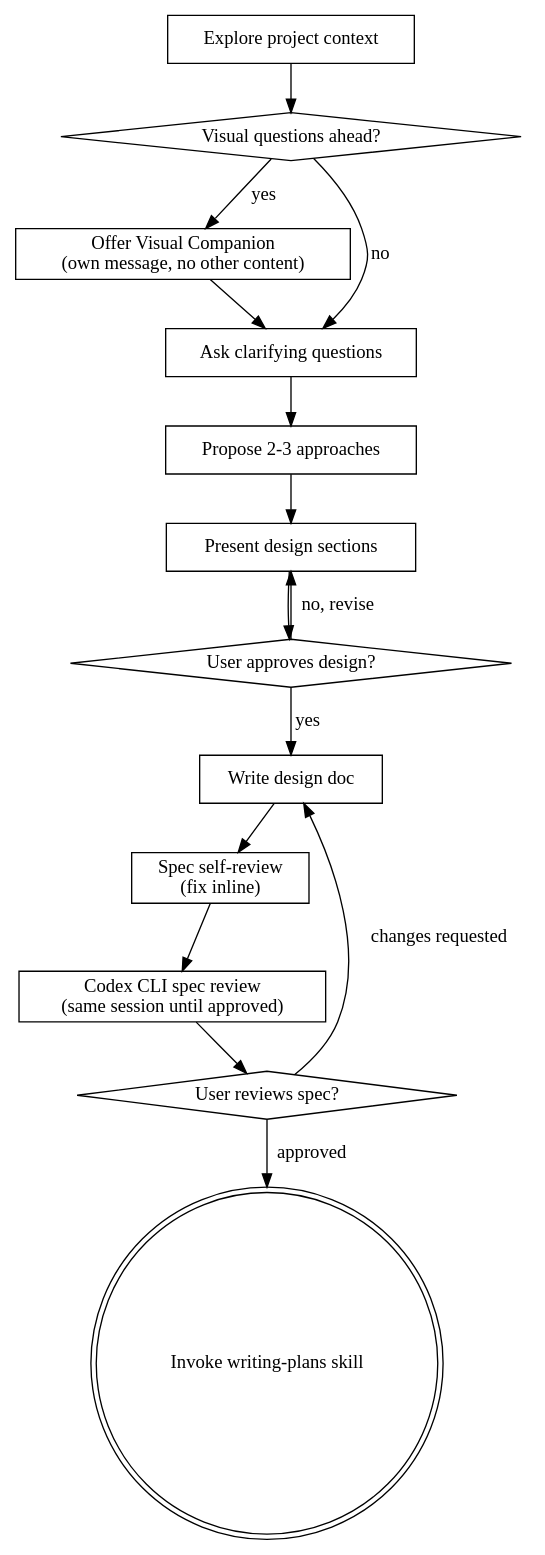
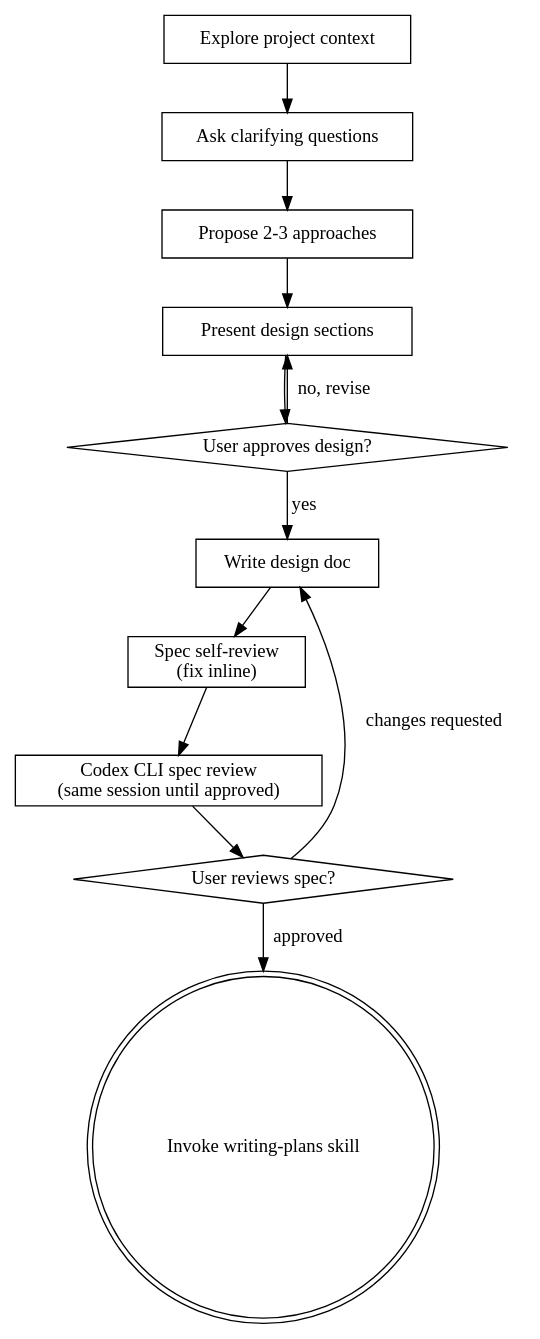
Before and after one commit to antonnykytenko/localSuperpowers: the diagram in skills/brainstorming/SKILL.md, drawn with Graphviz. The commit also changed other lines of this file and 129 other files, not shown here.

````diff
--- a/skills/brainstorming/SKILL.md
+++ b/skills/brainstorming/SKILL.md
@@ -37,31 +37,26 @@
 ```dot
 digraph brainstorming {
     "Explore project context" [shape=box];
-    "Visual questions ahead?" [shape=diamond];
-    "Offer Visual Companion\n(own message, no other content)" [shape=box];
     "Ask clarifying questions" [shape=box];
     "Propose 2-3 approaches" [shape=box];
     "Present design sections" [shape=box];
     "User approves design?" [shape=diamond];
     "Write design doc" [shape=box];
     "Spec self-review\n(fix inline)" [shape=box];
     "Codex CLI spec review\n(same session until approved)" [shape=box];
     "User reviews spec?" [shape=diamond];
     "Invoke writing-plans skill" [shape=doublecircle];
 
-    "Explore project context" -> "Visual questions ahead?";
-    "Visual questions ahead?" -> "Offer Visual Companion\n(own message, no other content)" [label="yes"];
-    "Visual questions ahead?" -> "Ask clarifying questions" [label="no"];
-    "Offer Visual Companion\n(own message, no other content)" -> "Ask clarifying questions";
+    "Explore project context" -> "Ask clarifying questions";
     "Ask clarifying questions" -> "Propose 2-3 approaches";
     "Propose 2-3 approaches" -> "Present design sections";
     "Present design sections" -> "User approves design?";
     "User approves design?" -> "Present design sections" [label="no, revise"];
     "User approves design?" -> "Write design doc" [label="yes"];
     "Write design doc" -> "Spec self-review\n(fix inline)";
     "Spec self-review\n(fix inline)" -> "Codex CLI spec review\n(same session until approved)";
     "Codex CLI spec review\n(same session until approved)" -> "User reviews spec?";
     "User reviews spec?" -> "Write design doc" [label="changes requested"];
     "User reviews spec?" -> "Invoke writing-plans skill" [label="approved"];
 }
 ```
````
